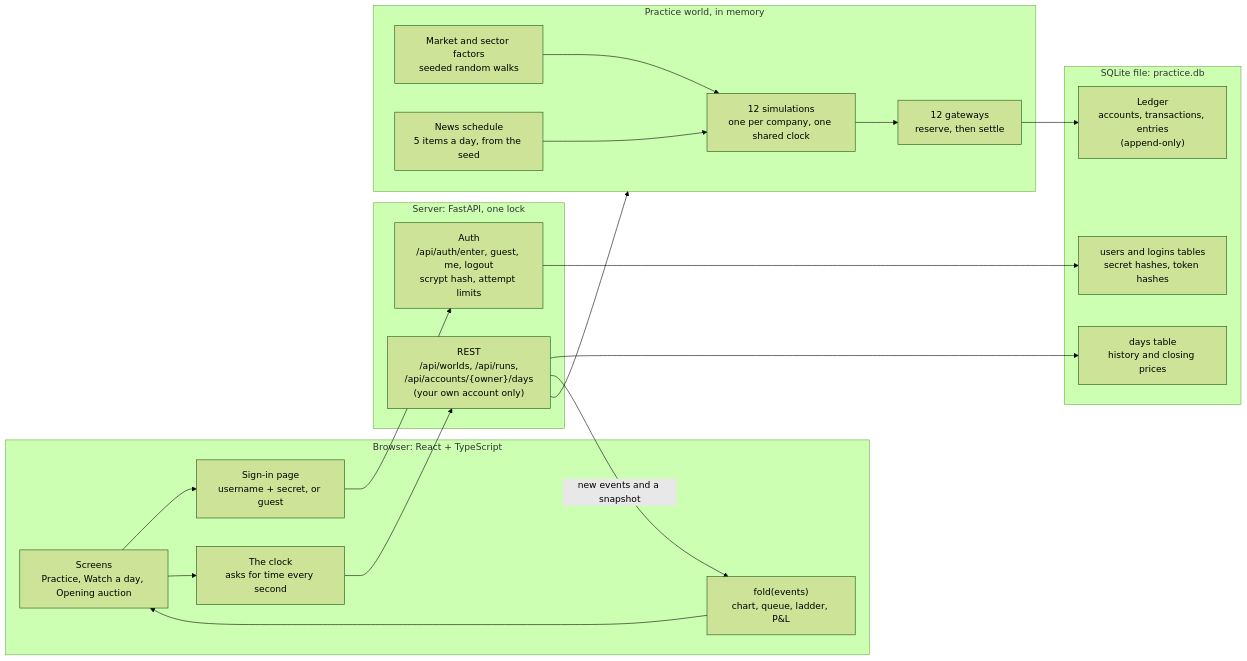
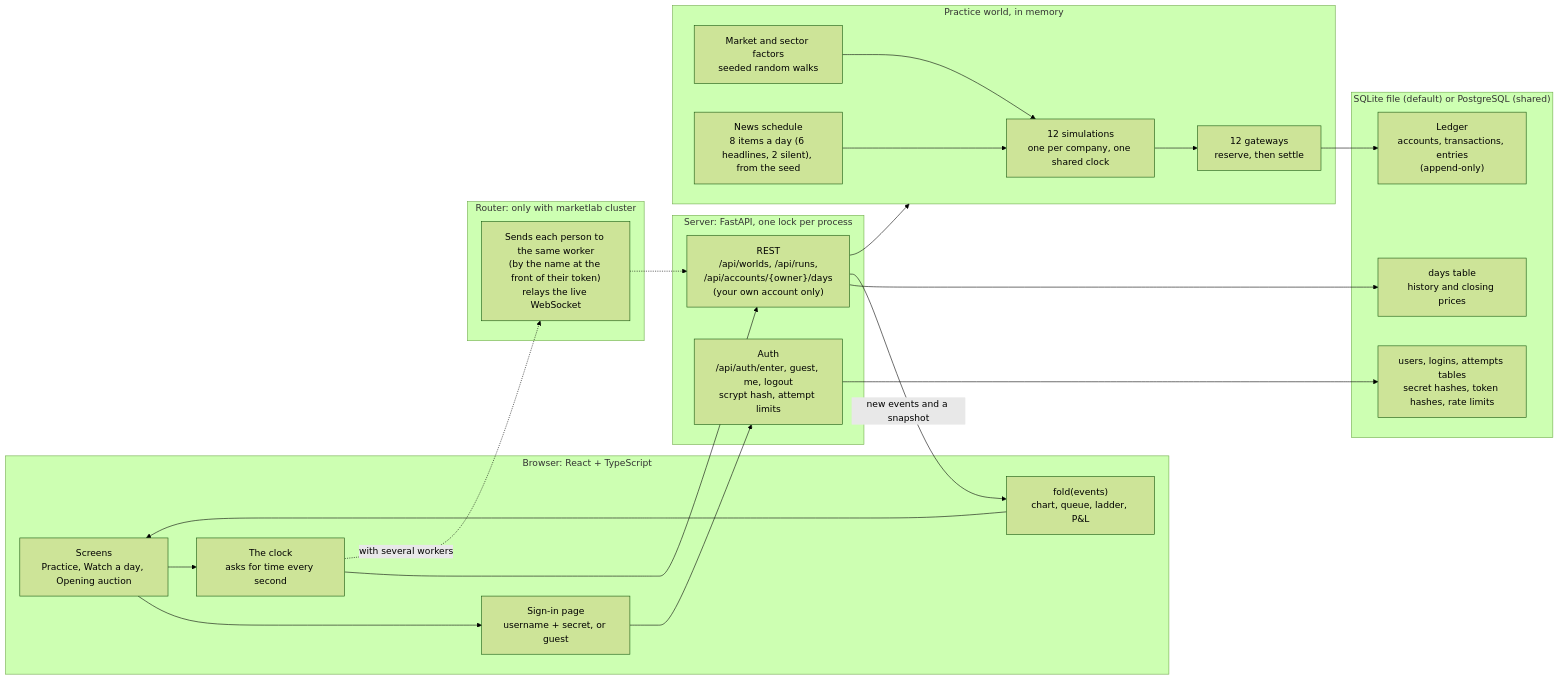
One commit to shivemn/market-lab changed the first of 2 diagrams in README.md. Above: the diagram before and after it, drawn with Mermaid (forest theme). The commit also changed other lines of this file and 24 other files, not shown here.

Commit message:
Scale step 3: PostgreSQL backend, several workers behind a sticky router

````diff
--- a/README.md
+++ b/README.md
@@ -136,32 +141,36 @@
 ```mermaid
 flowchart LR
     subgraph browser["Browser: React + TypeScript"]
         ui["Screens<br/>Practice, Watch a day, Opening auction"]
         gate["Sign-in page<br/>username + secret, or guest"]
         clock["The clock<br/>asks for time every second"]
         fold["fold(events)<br/>chart, queue, ladder, P&L"]
     end
-    subgraph server["Server: FastAPI, one lock"]
+    subgraph router["Router: only with marketlab cluster"]
+        route["Sends each person to the same worker<br/>(by the name at the front of their token)<br/>relays the live WebSocket"]
+    end
+    subgraph server["Server: FastAPI, one lock per process"]
         authn["Auth<br/>/api/auth/enter, guest, me, logout<br/>scrypt hash, attempt limits"]
         api["REST<br/>/api/worlds, /api/runs,<br/>/api/accounts/{owner}/days<br/>(your own account only)"]
     end
     subgraph world["Practice world, in memory"]
         sims["12 simulations<br/>one per company, one shared clock"]
         factors["Market and sector factors<br/>seeded random walks"]
-        news["News schedule<br/>5 items a day, from the seed"]
+        news["News schedule<br/>8 items a day (6 headlines, 2 silent), from the seed"]
         gws["12 gateways<br/>reserve, then settle"]
     end
-    subgraph disk["SQLite file: practice.db"]
+    subgraph disk["SQLite file (default) or PostgreSQL (shared)"]
         books["Ledger<br/>accounts, transactions, entries<br/>(append-only)"]
         days["days table<br/>history and closing prices"]
-        users["users and logins tables<br/>secret hashes, token hashes"]
+        users["users, logins, attempts tables<br/>secret hashes, token hashes, rate limits"]
     end
     ui --> gate --> authn --> users
     ui --> clock --> api
+    clock -. "with several workers" .-> route -.-> api
     api --> world
     factors --> sims
     news --> sims
     sims --> gws --> books
     api --> days
     api -- "new events and a snapshot" --> fold --> ui
 ```
````
